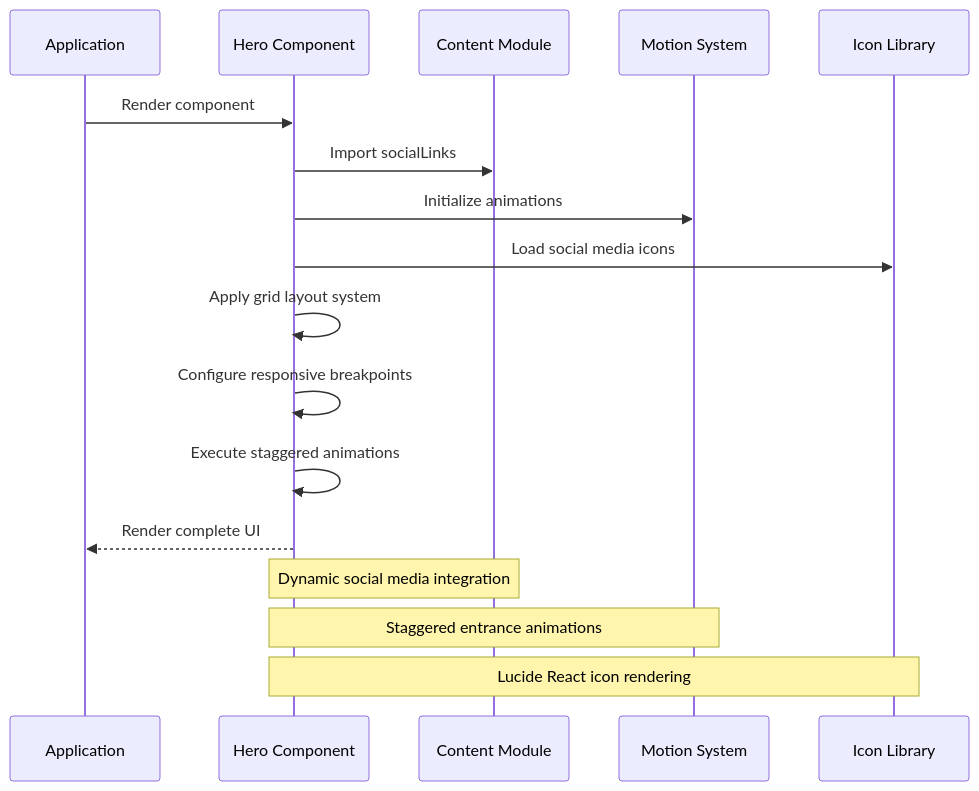
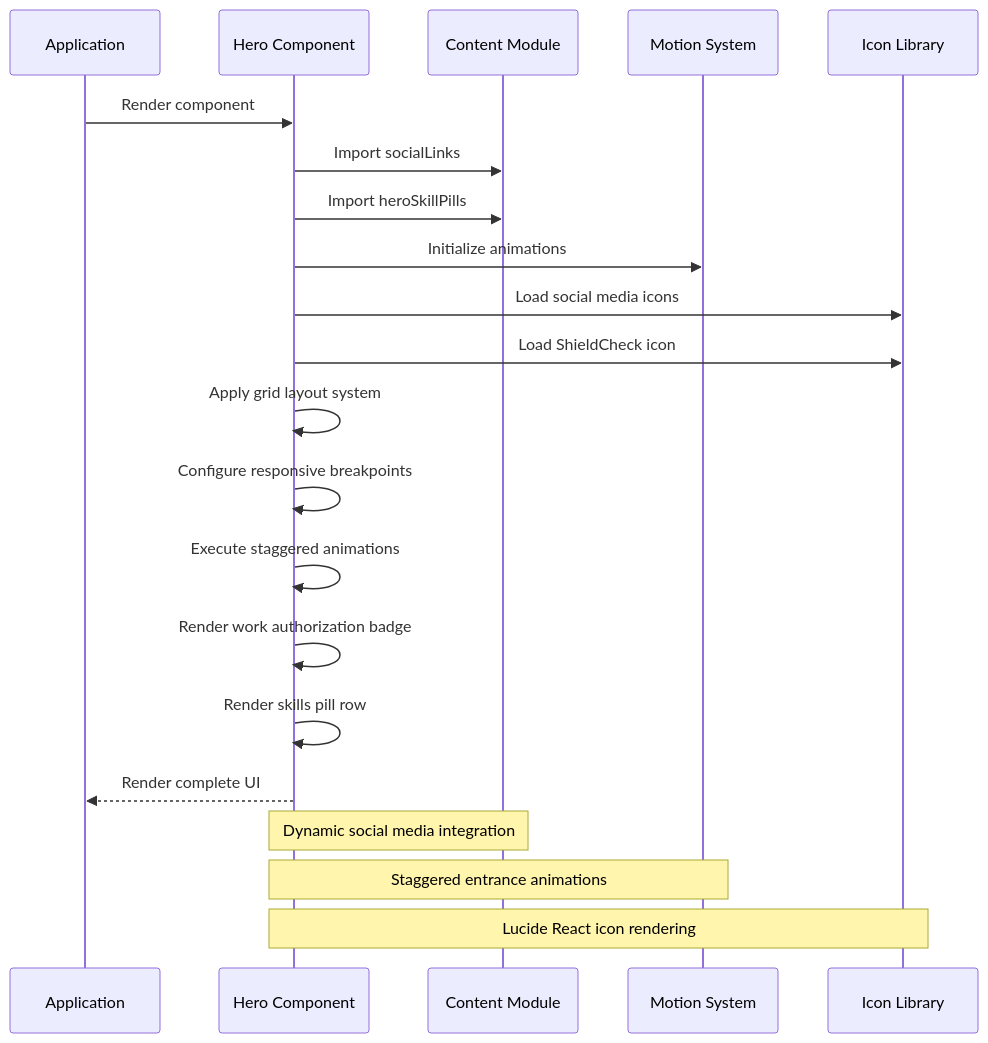
One commit to subash7781/Portfolio changed the second of 6 diagrams in .qoder/repowiki/en/content/Component Library & UI Elements/Hero Component.md. Above: the diagram before and after it, drawn with Mermaid. The commit also changed other lines of this file and 8 other files, not shown here.

````diff
--- a/.qoder/repowiki/en/content/Component Library & UI Elements/Hero Component.md
+++ b/.qoder/repowiki/en/content/Component Library & UI Elements/Hero Component.md
@@ -96,19 +118,23 @@
 ```mermaid
 sequenceDiagram
 participant App as Application
 participant Hero as Hero Component
 participant Content as Content Module
 participant Motion as Motion System
 participant Icons as Icon Library
 App->>Hero : Render component
 Hero->>Content : Import socialLinks
+Hero->>Content : Import heroSkillPills
 Hero->>Motion : Initialize animations
 Hero->>Icons : Load social media icons
+Hero->>Icons : Load ShieldCheck icon
 Hero->>Hero : Apply grid layout system
 Hero->>Hero : Configure responsive breakpoints
 Hero->>Hero : Execute staggered animations
+Hero->>Hero : Render work authorization badge
+Hero->>Hero : Render skills pill row
 Hero-->>App : Render complete UI
 Note over Hero,Content : Dynamic social media integration
 Note over Hero,Motion : Staggered entrance animations
 Note over Hero,Icons : Lucide React icon rendering
 ```
````
